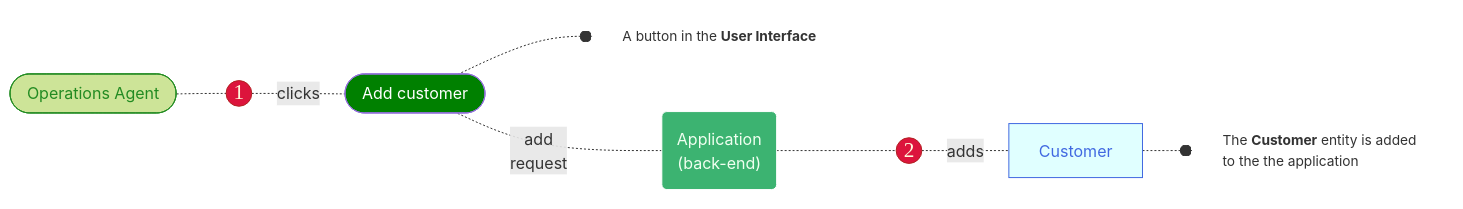
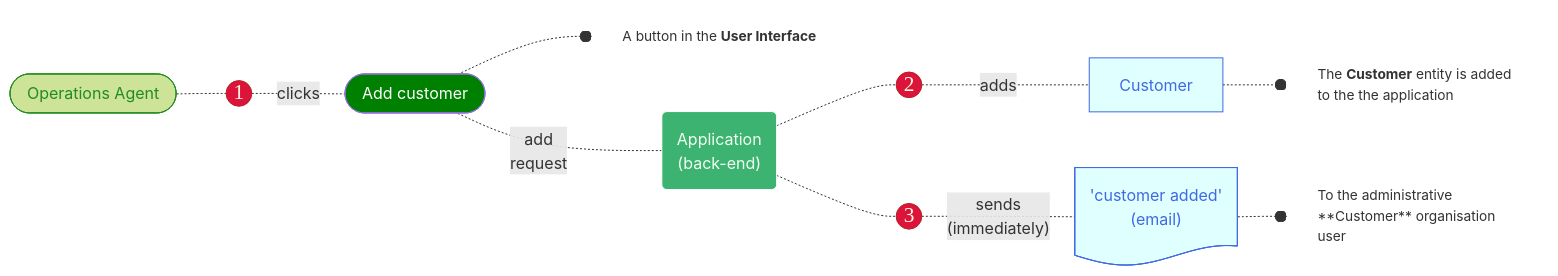
Before and after one commit to joe-dorward/samples: the diagram in 2025_Sage_Playa/mermaid/template_02.md, drawn with Mermaid.

````diff
--- a/2025_Sage_Playa/mermaid/template_02.md
+++ b/2025_Sage_Playa/mermaid/template_02.md
@@ -3,40 +3,51 @@
 ```mermaid
 flowchart LR
 
   %% define styles
   classDef User fill:#cde498, stroke:forestgreen, color:forestgreen;
   classDef Number fill:crimson, color:cornsilk, stroke:firebrick, font-family:verdana, font-size:16pt, padding:10px;
   classDef Button fill:green, color:white;
   classDef Note fill:transparent, stroke:white, text-align:left, font-size: 95%;
 
   classDef Backend fill:mediumseagreen, stroke:white, color:honeydew;
   classDef Entity fill:lightcyan, stroke:royalblue, color:royalblue;
   
   %% ---------- ---------- ---------- ---------- ---------- ---------- ---------- ---------- ---------- ----------
   OPERATIONS_AGENT_01([&nbsp;Operations Agent&nbsp;]):::User
   %% ---------- ---------- ---------- ---------- ---------- ---------- ---------- ---------- ---------- ----------
   1(("1")):::Number
   ADD_CUSTOMER_01([&nbsp;Add customer&nbsp;]):::Button
   ADD_CUSTOMER_01_NOTE["A button in the <b>User Interface</b>"]:::Note
 
   OPERATIONS_AGENT_01-.-
   1-.clicks.-
   ADD_CUSTOMER_01-.-o
   ADD_CUSTOMER_01_NOTE
   %% ---------- ---------- ---------- ---------- ---------- ---------- ---------- ---------- ---------- ----------
   APPLICATION_BACK_END_01("Application<br/>(back-end)"):::Backend
 
   ADD_CUSTOMER_01-.add<br/>request.-
   APPLICATION_BACK_END_01
   %% ---------- ---------- ---------- ---------- ---------- ---------- ---------- ---------- ---------- ----------
   2(("2")):::Number
   CUSTOMER_01["Customer"]:::Entity
   CUSTOMER_01_NOTE["The <b>Customer</b> entity is added to the the application"]:::Note
 
   APPLICATION_BACK_END_01-.-
   2-.adds.-
   CUSTOMER_01-.-o
   CUSTOMER_01_NOTE
   %% ---------- ---------- ---------- ---------- ---------- ---------- ---------- ---------- ---------- ----------
+  3(("3")):::Number
+  CUSTOMER_ADDED_01@{ shape: doc, label: "'customer added'<br/>(email)"}
+  CUSTOMER_ADDED_01_NOTE[To the administrative **Customer** organisation user]:::Note
 
+  APPLICATION_BACK_END_01-.-
+  3-."sends<br/>(immediately)".-
+  CUSTOMER_ADDED_01-.-o
+  CUSTOMER_ADDED_01_NOTE
+
+  %% ---------- ---------- ---------- ---------- ---------- ---------- ---------- ---------- ---------- ----------
+  %% define classes
+  class CUSTOMER_ADDED_01 Entity
 ```
````
